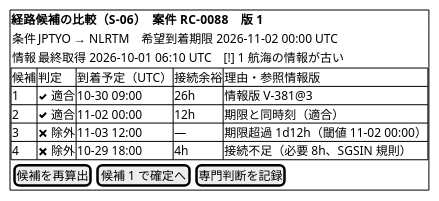
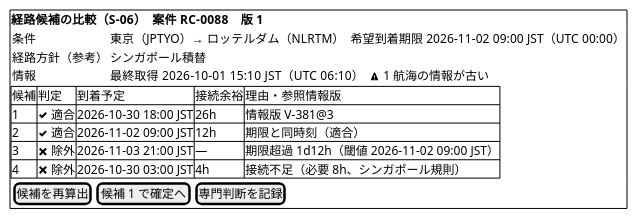
Before and after one commit to k2works/practical-domain-driven-design-in-enterpris-application: diagram 14 of 21 in docs/design/cargo-tracker/ui_design.md, drawn with PlantUML. The commit also changed other lines of this file and 25 other files, not shown here.

````diff
--- a/docs/design/cargo-tracker/ui_design.md
+++ b/docs/design/cargo-tracker/ui_design.md
@@ -366,19 +547,20 @@
 ```plantuml
 @startsalt
 {+
   <b>経路候補の比較（S-06）　案件 RC-0088　版 1
   {
-    条件 | JPTYO → NLRTM　希望到着期限 2026-11-02 00:00 UTC
-    情報 | 最終取得 2026-10-01 06:10 UTC　[!] 1 航海の情報が古い
+    条件 | 東京（JPTYO）→ ロッテルダム（NLRTM）　希望到着期限 2026-11-02 09:00 JST（UTC 00:00）
+    経路方針（参考） | シンガポール積替
+    情報 | 最終取得 2026-10-01 15:10 JST（UTC 06:10）　<&warning> 1 航海の情報が古い
   }
   {#
-    候補 | 判定 | 到着予定（UTC） | 接続余裕 | 理由・参照情報版
-    1 | <&check> 適合 | 10-30 09:00 | 26h | 情報版 V-381@3
-    2 | <&check> 適合 | 11-02 00:00 | 12h | 期限と同時刻（適合）
-    3 | <&x> 除外 | 11-03 12:00 | — | 期限超過 1d12h（閾値 11-02 00:00）
-    4 | <&x> 除外 | 10-29 18:00 | 4h | 接続不足（必要 8h、SGSIN 規則）
+    候補 | 判定 | 到着予定 | 接続余裕 | 理由・参照情報版
+    1 | <&check> 適合 | 2026-10-30 18:00 JST | 26h | 情報版 V-381@3
+    2 | <&check> 適合 | 2026-11-02 09:00 JST | 12h | 期限と同時刻（適合）
+    3 | <&x> 除外 | 2026-11-03 21:00 JST | — | 期限超過 1d12h（閾値 2026-11-02 09:00 JST）
+    4 | <&x> 除外 | 2026-10-30 03:00 JST | 4h | 接続不足（必要 8h、シンガポール規則）
   }
   { [ 候補を再算出 ] | [ 候補 1 で確定へ ] | [ 専門判断を記録 ] }
 }
 @endsalt
 ```
````
